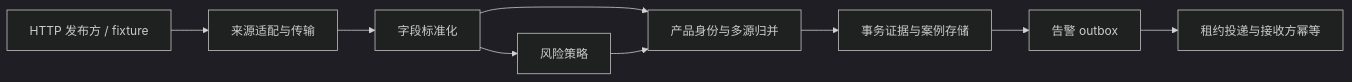
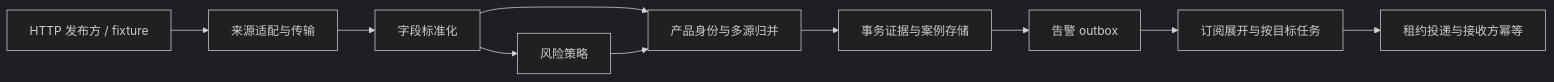
The diagram in docs/architecture.md (xianglucky88-oss/recall-signal-hub), drawn with Mermaid (dark theme) before and after one commit. The commit also changed other lines of this file and 14 other files, not shown here.

````diff
--- a/docs/architecture.md
+++ b/docs/architecture.md
@@ -5,11 +5,12 @@
 ```mermaid
 flowchart LR
     P[HTTP 发布方 / fixture] --> S[来源适配与传输]
     S --> N[字段标准化]
     N --> R[风险策略]
     N --> I[产品身份与多源归并]
     R --> I
     I --> D[事务证据与案例存储]
     D --> Q[告警 outbox]
-    Q --> A[租约投递与接收方幂等]
+    Q --> T[订阅展开与按目标任务]
+    T --> A[租约投递与接收方幂等]
 ```
````
